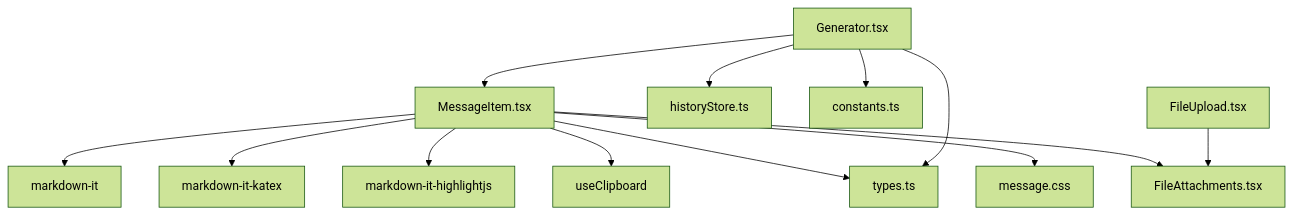
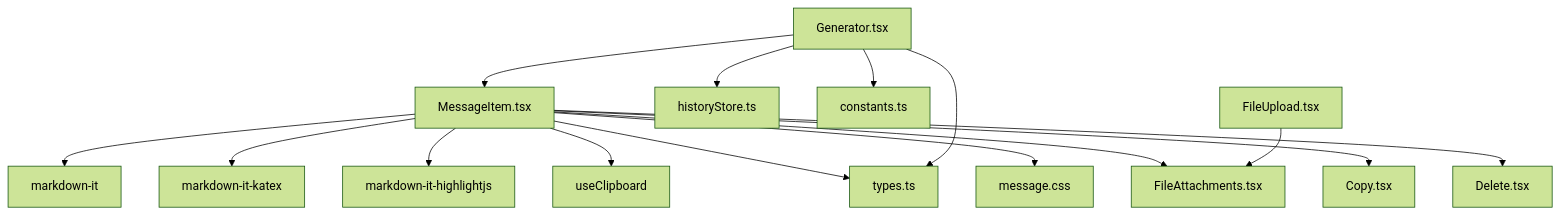
Before and after one commit to zfyime/chat-mini: the tenth of 10 diagrams in .qoder/repowiki/zh/content/组件架构/MessageItem组件.md, drawn with Mermaid (forest theme). The commit also changed other lines of this file and 10 other files, not shown here.

````diff
--- a/.qoder/repowiki/zh/content/组件架构/MessageItem组件.md
+++ b/.qoder/repowiki/zh/content/组件架构/MessageItem组件.md
@@ -342,15 +353,17 @@
 ```mermaid
 graph TD
 MessageItem[MessageItem.tsx] --> MarkdownIt[markdown-it]
 MessageItem --> mdKatex[markdown-it-katex]
 MessageItem --> mdHighlight[markdown-it-highlightjs]
 MessageItem --> solidjs-use[useClipboard]
 MessageItem --> types[types.ts]
 MessageItem --> messageCSS[message.css]
 MessageItem --> FileAttachments[FileAttachments.tsx]
+MessageItem --> Copy[Copy.tsx]
+MessageItem --> Delete[Delete.tsx]
 Generator[Generator.tsx] --> MessageItem
 Generator --> types
 Generator --> historyStore[historyStore.ts]
 Generator --> constants[constants.ts]
 FileUpload[FileUpload.tsx] --> FileAttachments
 ```
````
